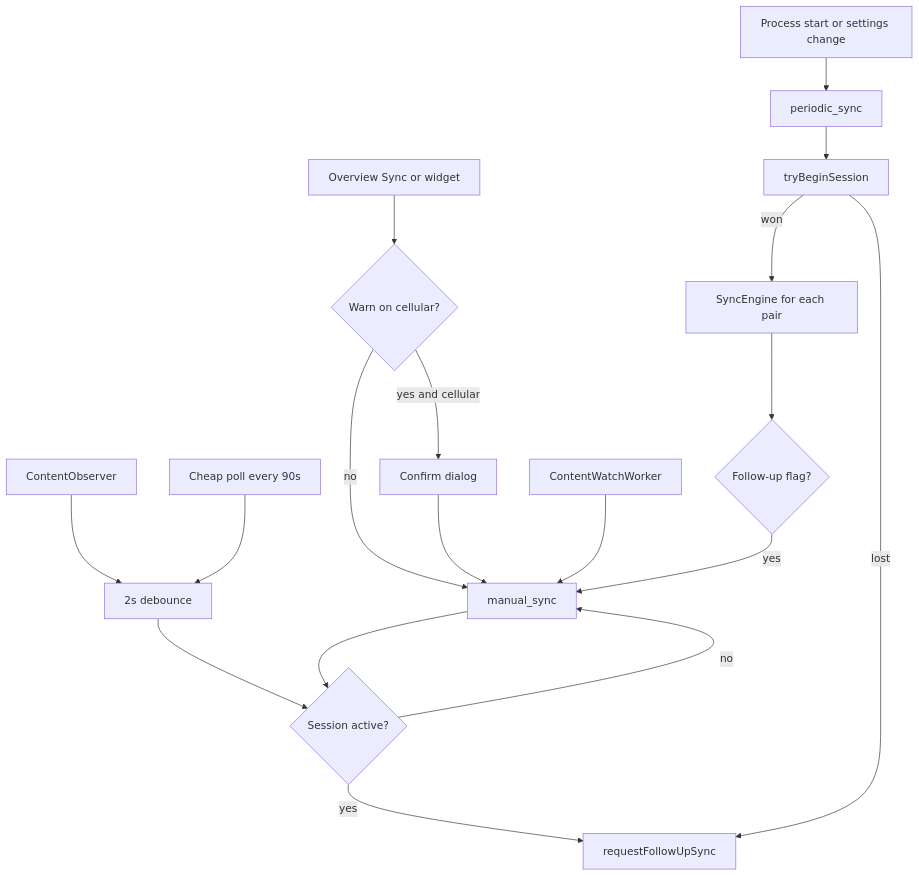
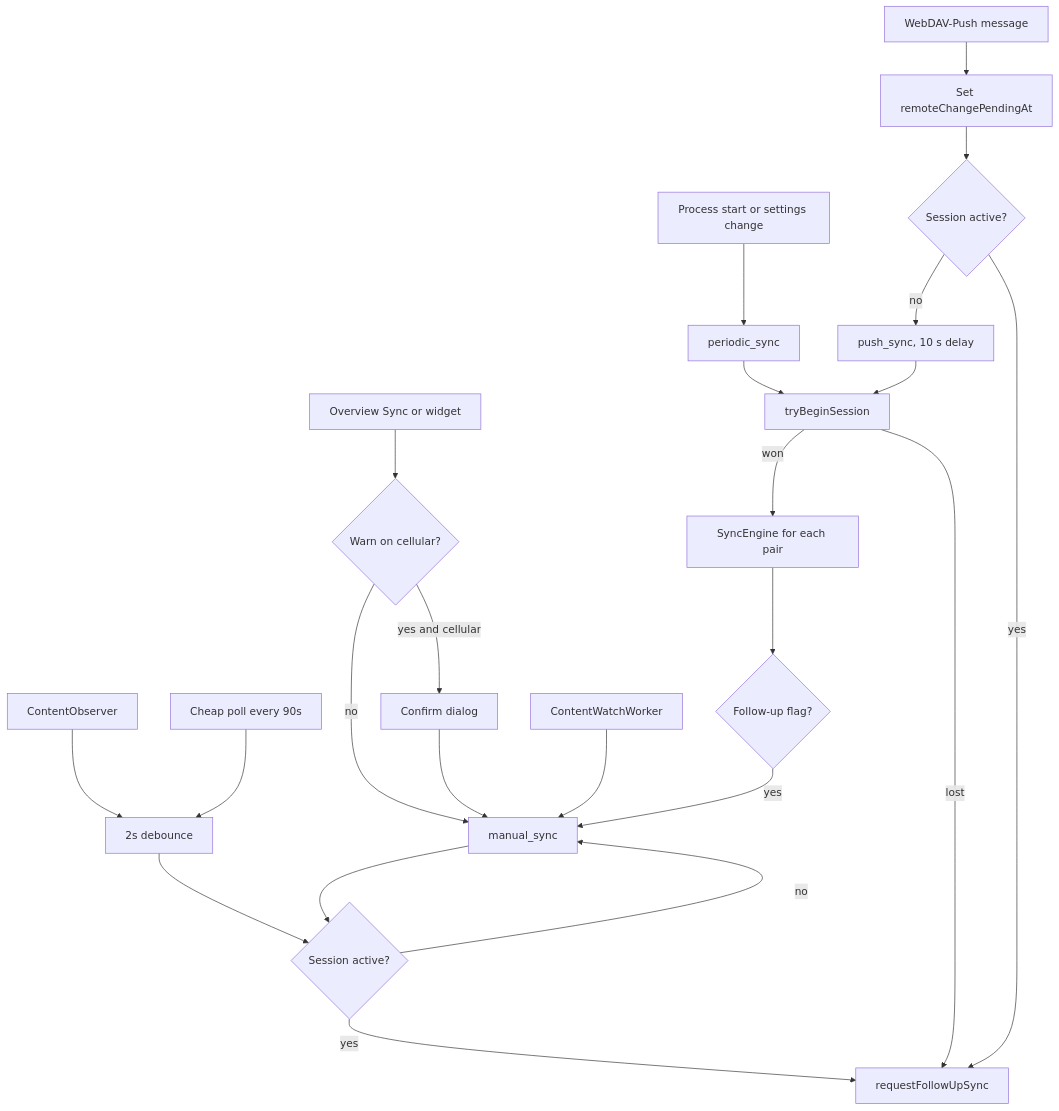
Before and after one commit to offsyanka99/WebDAV-sync: the third of 3 diagrams in doc/architecture.md, drawn with Mermaid. The commit also changed other lines of this file and 80 other files, not shown here.

First line of the commit message:
Release v1.2.1: instant download with WebDAV-Push.

````diff
--- a/doc/architecture.md
+++ b/doc/architecture.md
@@ -455,20 +483,25 @@
 ```mermaid
 flowchart TD
     boot[Process start or settings change] --> periodic[periodic_sync]
     user[Overview Sync or widget] --> warn{Warn on cellular?}
     warn -->|yes and cellular| dialog[Confirm dialog]
     warn -->|no| manual[manual_sync]
     dialog --> manual
     observer[ContentObserver] --> debounce[2s debounce]
     poll[Cheap poll every 90s] --> debounce
     contentJob[ContentWatchWorker] --> manual
     debounce --> busy{Session active?}
     manual --> busy
     periodic --> gate[tryBeginSession]
     busy -->|yes| flag[requestFollowUpSync]
     busy -->|no| manual
     gate -->|lost| flag
     gate -->|won| engine[SyncEngine for each pair]
     engine --> flag2{Follow-up flag?}
     flag2 -->|yes| manual
+    push[WebDAV-Push message] --> mark[Set remoteChangePendingAt]
+    mark --> busy2{Session active?}
+    busy2 -->|yes| flag
+    busy2 -->|no| pushsync[push_sync, 10 s delay]
+    pushsync --> gate
 ```
````
